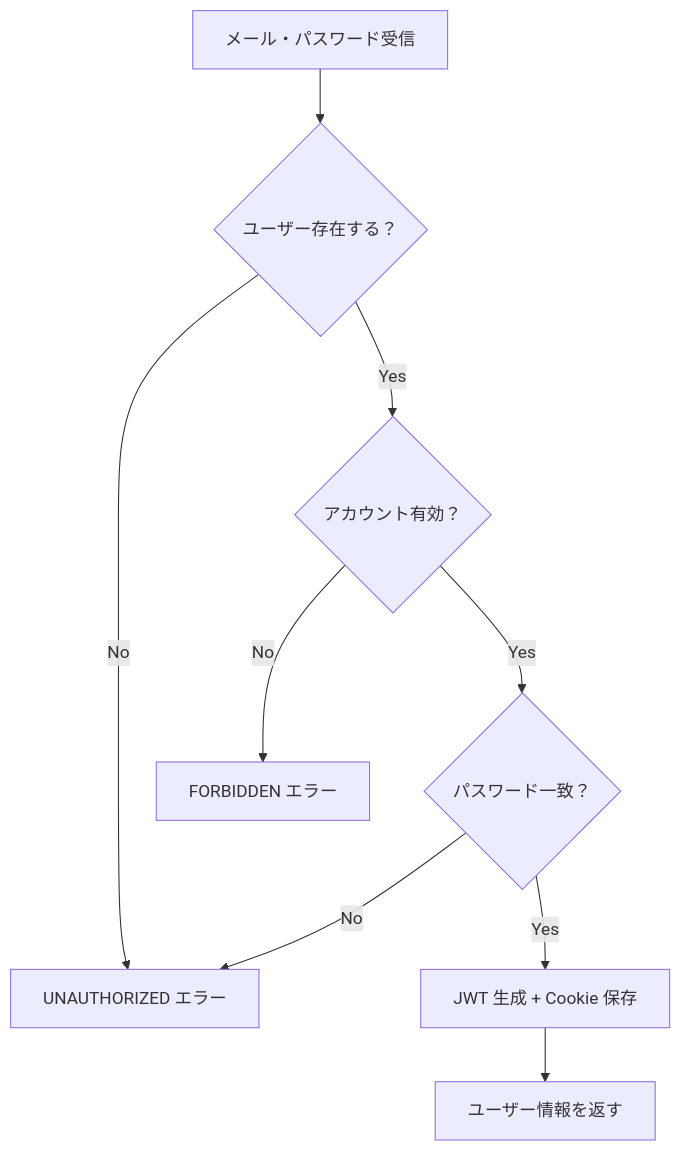
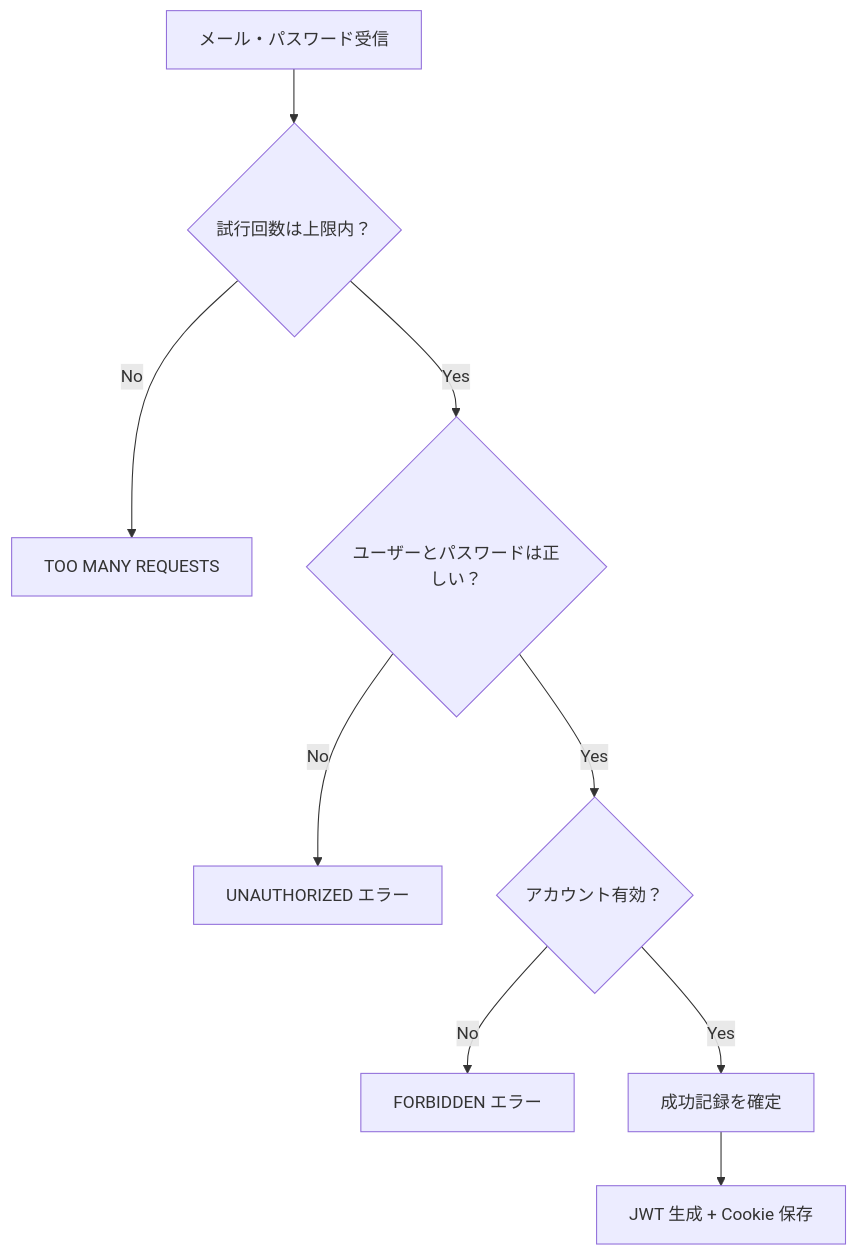
One commit to kouiso/task-app changed the second of 3 diagrams in material/30days-curriculum/day07_ログイン体験を改善しよう.md. Above: the diagram before and after it, drawn with Mermaid. The commit also changed other lines of this file and 14 other files, not shown here.

````diff
--- a/material/30days-curriculum/day07_ログイン体験を改善しよう.md
+++ b/material/30days-curriculum/day07_ログイン体験を改善しよう.md
@@ -718,11 +714,11 @@
 ```mermaid
 flowchart TD
-    A[メール・パスワード受信] --> B{ユーザー存在する？}
-    B -->|No| E[UNAUTHORIZED エラー]
-    B -->|Yes| C{アカウント有効？}
-    C -->|No| F[FORBIDDEN エラー]
-    C -->|Yes| D{パスワード一致？}
-    D -->|No| E
-    D -->|Yes| G[JWT 生成 + Cookie 保存]
-    G --> H[ユーザー情報を返す]
+    A[メール・パスワード受信] --> B{試行回数は上限内？}
+    B -->|No| I[TOO MANY REQUESTS]
+    B -->|Yes| C{ユーザーとパスワードは正しい？}
+    C -->|No| E[UNAUTHORIZED エラー]
+    C -->|Yes| D{アカウント有効？}
+    D -->|No| F[FORBIDDEN エラー]
+    D -->|Yes| G[成功記録を確定]
+    G --> H[JWT 生成 + Cookie 保存]
 ```
````
